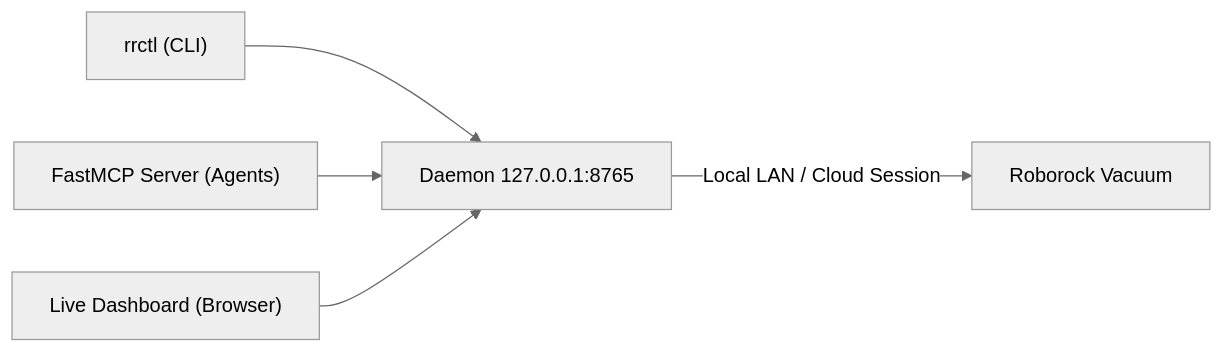
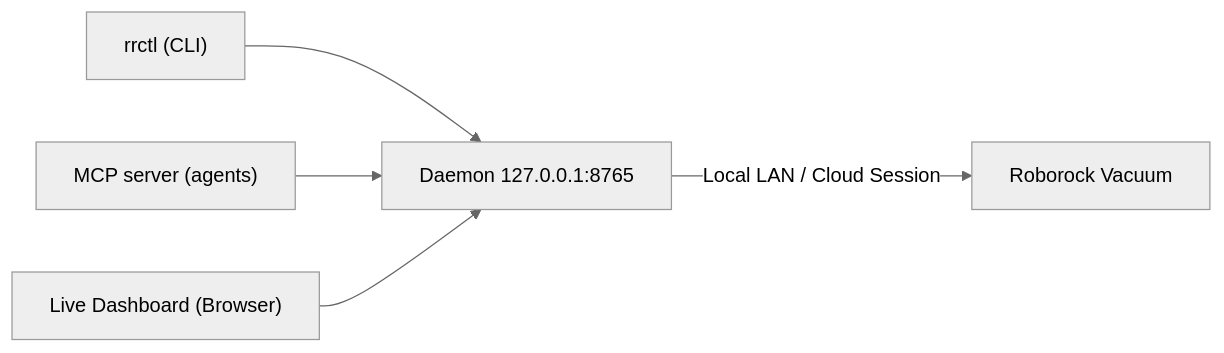
One commit to VitruvianSoftware/mcp-roborock changed the diagram in README.md. Above: the diagram before and after it, drawn with Mermaid (neutral theme). The commit also changed other lines of this file and 48 other files, not shown here.

````diff
--- a/README.md
+++ b/README.md
@@ -14,7 +14,7 @@
 ```mermaid
 flowchart LR
     cli["rrctl (CLI)"] --> daemon
-    mcp["FastMCP Server (Agents)"] --> daemon
+    mcp["MCP server (agents)"] --> daemon
     web["Live Dashboard (Browser)"] --> daemon
     daemon["Daemon 127.0.0.1:8765"] -- "Local LAN / Cloud Session" --> vacuum["Roborock Vacuum"]
 ```
````
